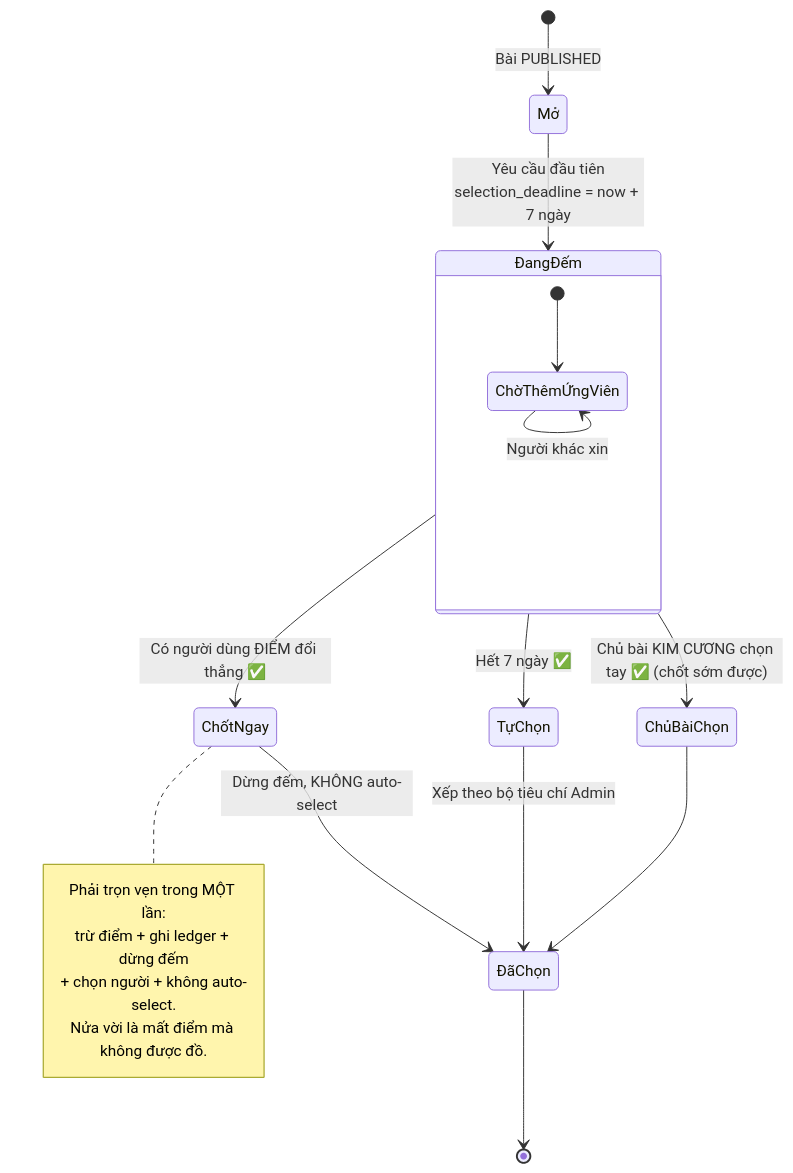
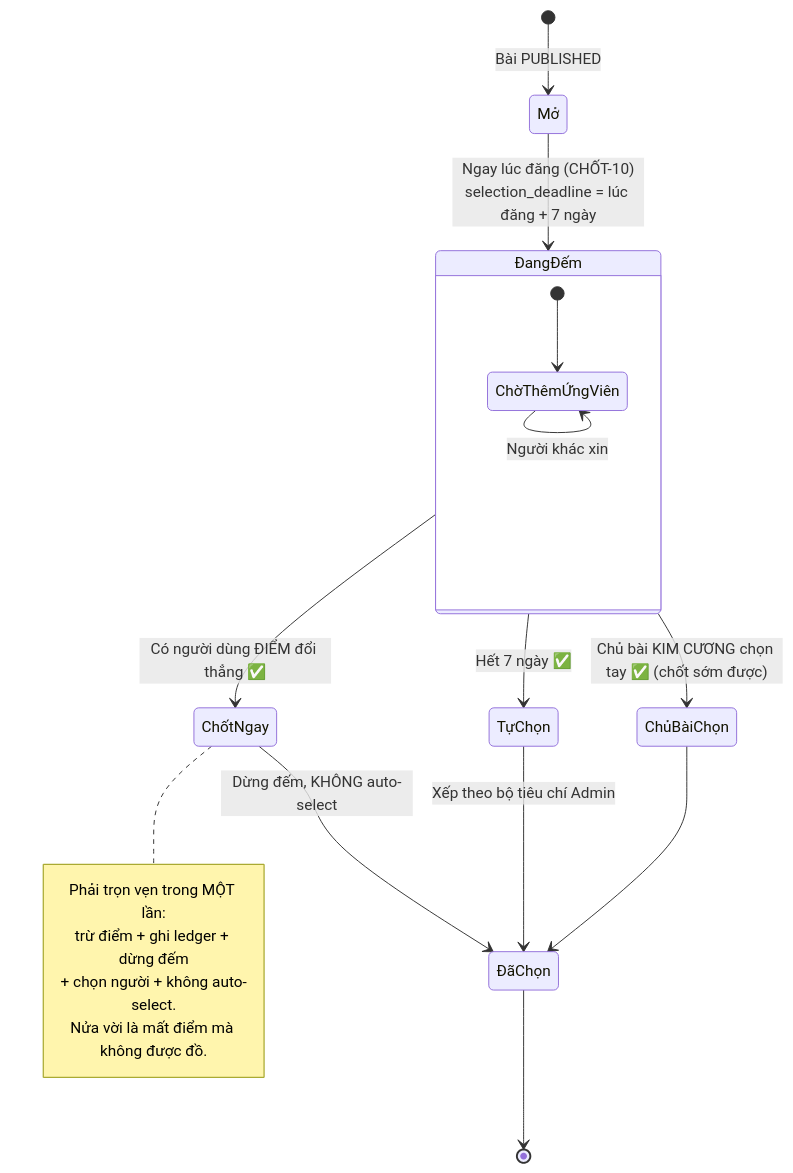
The third of 8 diagrams in docs/diagram/07-request.md (fdshn/trueheart), drawn with Mermaid before and after one commit. The commit also changed other lines of this file and 49 other files, not shown here.

````diff
--- a/docs/diagram/07-request.md
+++ b/docs/diagram/07-request.md
@@ -102,26 +109,26 @@
 ```mermaid
 stateDiagram-v2
     [*] --> Mở: Bài PUBLISHED
-    Mở --> ĐangĐếm: Yêu cầu đầu tiên<br/>selection_deadline = now + 7 ngày
+    Mở --> ĐangĐếm: Ngay lúc đăng (CHỐT-10)<br/>selection_deadline = lúc đăng + 7 ngày
 
     state ĐangĐếm {
         [*] --> ChờThêmỨngViên
         ChờThêmỨngViên --> ChờThêmỨngViên: Người khác xin
     }
 
     ĐangĐếm --> ChốtNgay: Có người dùng ĐIỂM đổi thẳng ✅
     ĐangĐếm --> TựChọn: Hết 7 ngày ✅
     ĐangĐếm --> ChủBàiChọn: Chủ bài KIM CƯƠNG chọn tay ✅ (chốt sớm được)
 
     ChốtNgay --> ĐãChọn: Dừng đếm, KHÔNG auto-select
     TựChọn --> ĐãChọn: Xếp theo bộ tiêu chí Admin
     ChủBàiChọn --> ĐãChọn
     ĐãChọn --> [*]
 
     note right of ChốtNgay
         Phải trọn vẹn trong MỘT lần:
         trừ điểm + ghi ledger + dừng đếm
         + chọn người + không auto-select.
         Nửa vời là mất điểm mà không được đồ.
     end note
 ```
````
